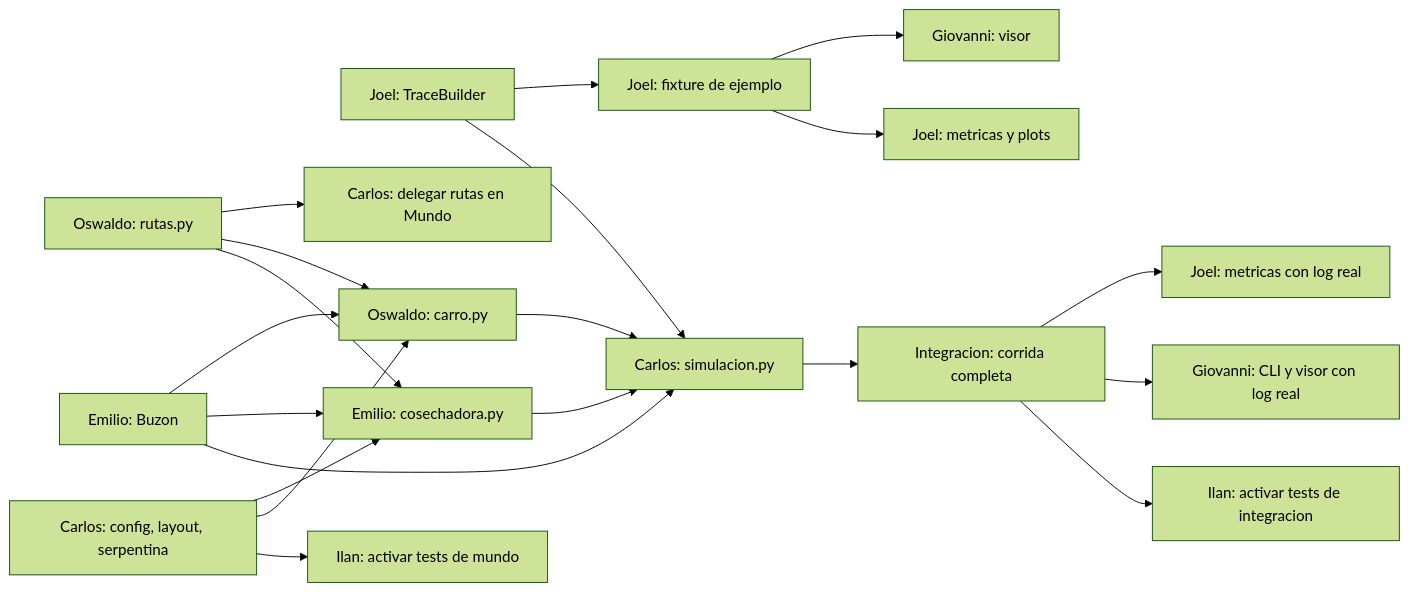
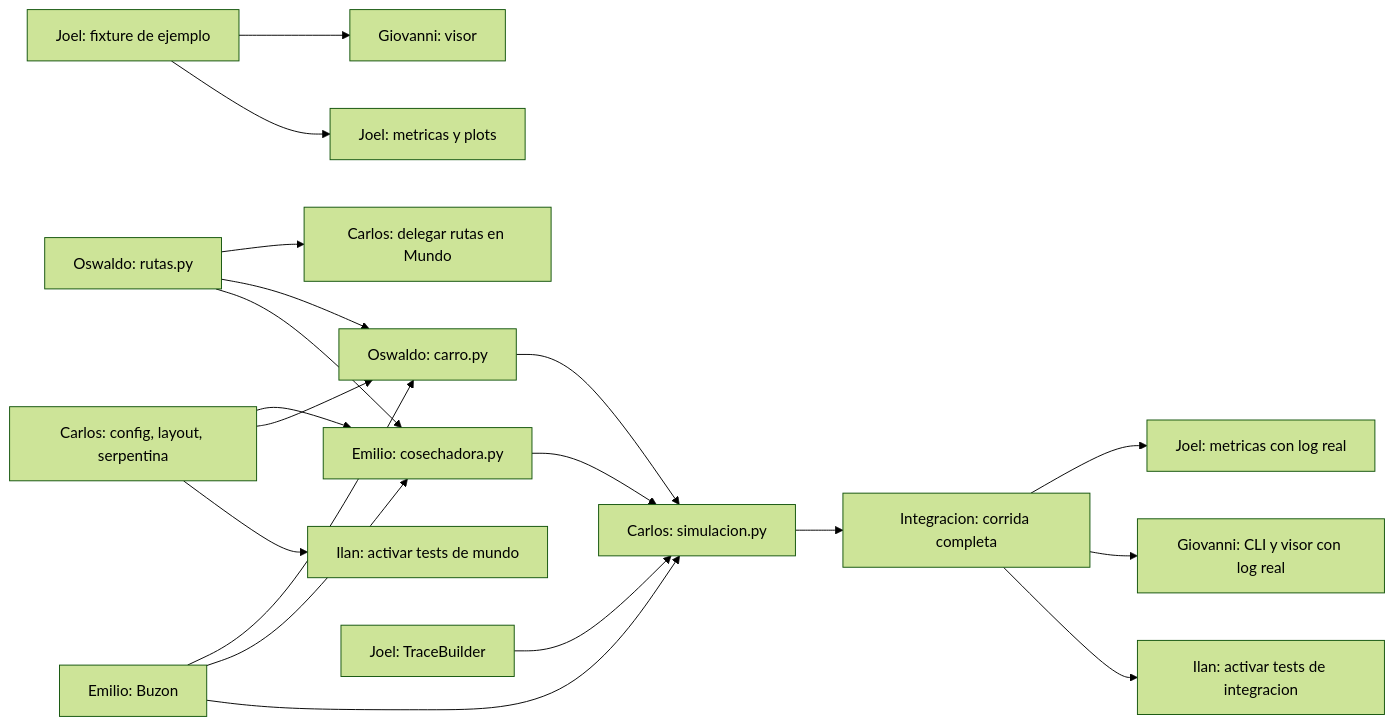
One commit to Carlos-EAC/temporary changed the first of 2 diagrams in docs/plan_de_trabajo.md. Above: the diagram before and after it, drawn with Mermaid (forest theme). The commit also changed other lines of this file and 12 other files, not shown here.

````diff
--- a/docs/plan_de_trabajo.md
+++ b/docs/plan_de_trabajo.md
@@ -224,22 +230,21 @@
 ```mermaid
 flowchart LR
   J1["Joel: fixture de ejemplo"] --> E1["Giovanni: visor"]
   J1 --> J3["Joel: metricas y plots"]
-  J2 --> J1
   O1["Oswaldo: rutas.py"] --> C5["Carlos: delegar rutas en Mundo"]
   O1 --> O3["Oswaldo: carro.py"]
   O1 --> M3["Emilio: cosechadora.py"]
   C2["Carlos: config, layout, serpentina"] --> M3
   C2 --> O3
   C2 --> I2["Ilan: activar tests de mundo"]
   M1["Emilio: Buzon"] --> O3
   M1 --> M3
   M1 --> C6["Carlos: simulacion.py"]
   J2["Joel: TraceBuilder"] --> C6
   M3 --> C6
   O3 --> C6
   C6 --> INT["Integracion: corrida completa"]
   INT --> J5["Joel: metricas con log real"]
   INT --> E3["Giovanni: CLI y visor con log real"]
   INT --> I3["Ilan: activar tests de integracion"]
 ```
````
